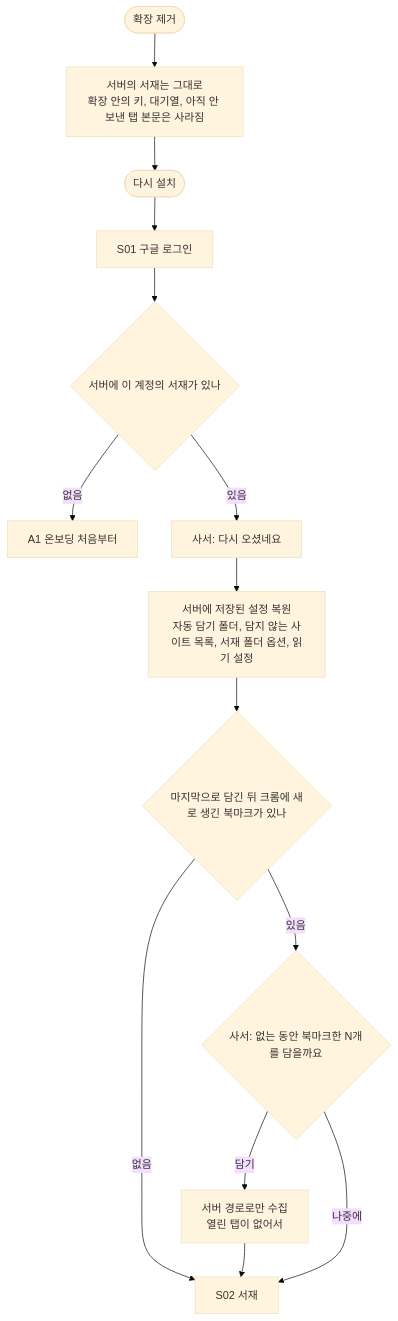
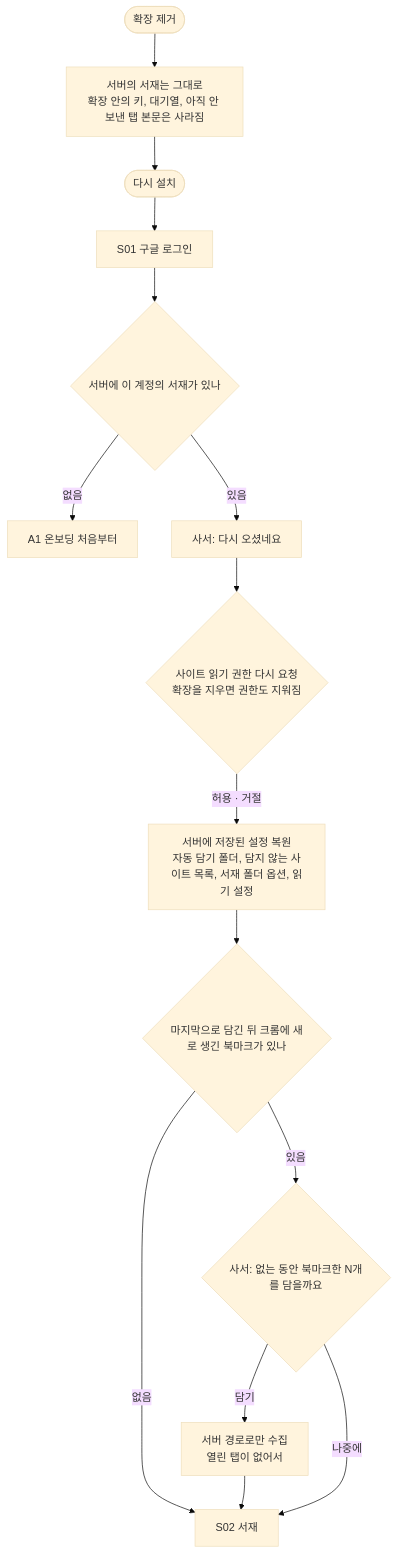
The diagram in flows/src/A5.mmd (daheww-wq/0929), drawn with Mermaid (base theme) before and after one commit. The commit also changed 33040 other files, not shown here.

First line of the commit message:
03 흐름도: 읽기 권한(A1·A5·B1-1·B1-2·B4)과 arXiv 새 판(B5) 반영, SVG·flows.html 재생성

```diff
--- a/flows/src/A5.mmd
+++ b/flows/src/A5.mmd
@@ -1,12 +1,13 @@
 flowchart TD
   A([확장 제거]) --> B["서버의 서재는 그대로<br/>확장 안의 키, 대기열, 아직 안 보낸 탭 본문은 사라짐"]
   B --> C([다시 설치]) --> D["S01 구글 로그인"]
   D --> E{"서버에 이 계정의 서재가 있나"}
   E -- 없음 --> N["A1 온보딩 처음부터"]
   E -- 있음 --> F["사서: 다시 오셨네요"]
-  F --> G["서버에 저장된 설정 복원<br/>자동 담기 폴더, 담지 않는 사이트 목록, 서재 폴더 옵션, 읽기 설정"]
+  F --> F1{"사이트 읽기 권한 다시 요청<br/>확장을 지우면 권한도 지워짐"}
+  F1 -- 허용 · 거절 --> G["서버에 저장된 설정 복원<br/>자동 담기 폴더, 담지 않는 사이트 목록, 서재 폴더 옵션, 읽기 설정"]
   G --> H{"마지막으로 담긴 뒤 크롬에 새로 생긴 북마크가 있나"}
   H -- 없음 --> S["S02 서재"]
   H -- 있음 --> I{"사서: 없는 동안 북마크한 N개를 담을까요"}
   I -- 담기 --> J["서버 경로로만 수집<br/>열린 탭이 없어서"] --> S
   I -- 나중에 --> S
```
